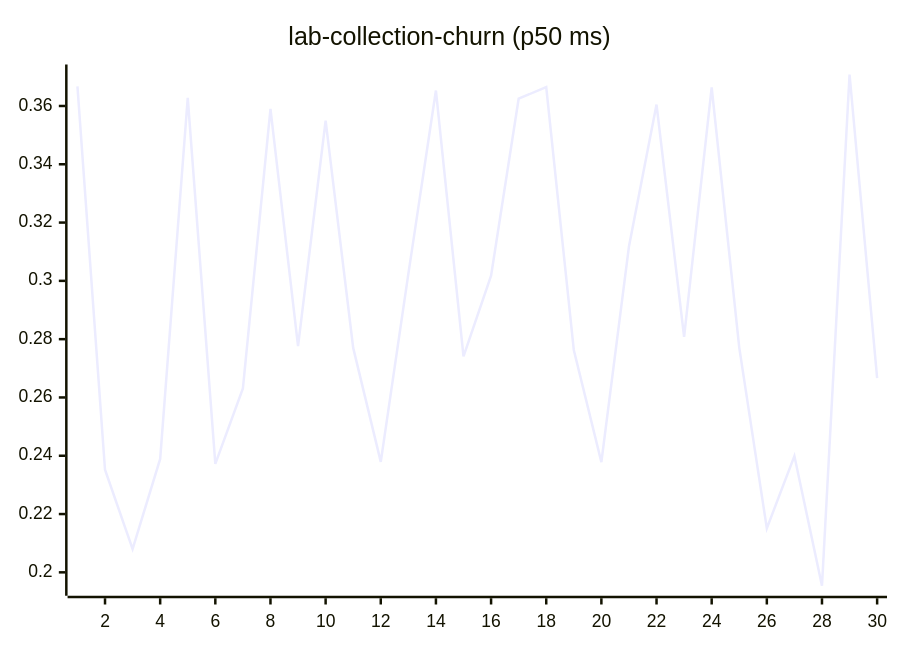
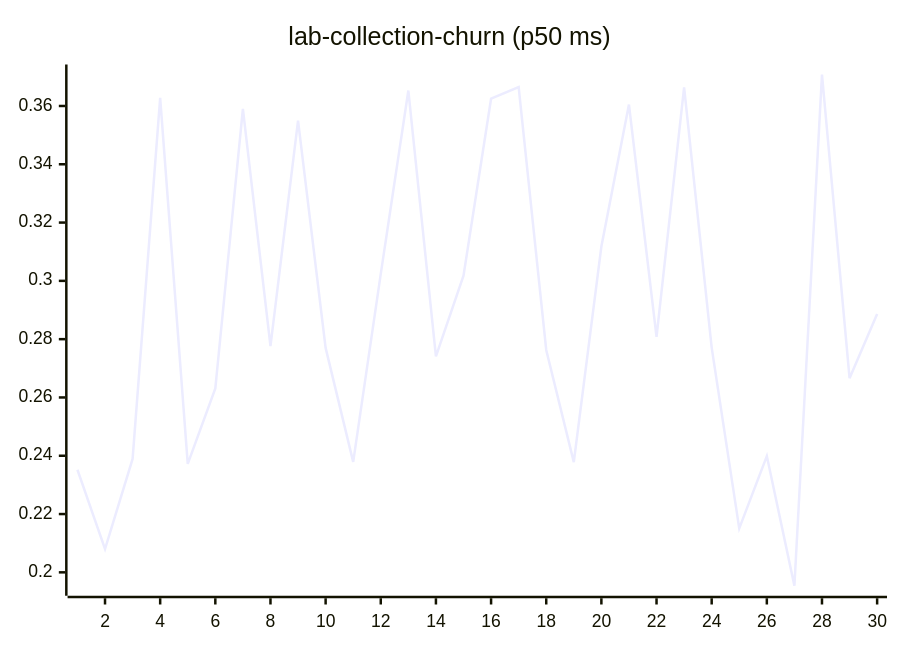
One commit to josha/Facet changed diagram 11 of 27 in README.md. Above: the diagram before and after it, drawn with Mermaid. The commit also changed other lines of this file and 2 other files, not shown here.

````diff
--- a/README.md
+++ b/README.md
@@ -133,6 +133,6 @@
 ```mermaid
 xychart-beta
     title "lab-collection-churn (p50 ms)"
     x-axis 1 --> 30
-    line [0.3667, 0.2352, 0.2080, 0.2389, 0.3628, 0.2372, 0.2631, 0.3590, 0.2776, 0.3550, 0.2770, 0.2379, 0.3024, 0.3653, 0.2741, 0.3018, 0.3625, 0.3665, 0.2763, 0.2378, 0.3118, 0.3605, 0.2808, 0.3664, 0.2771, 0.2151, 0.2399, 0.1954, 0.3708, 0.2666]
+    line [0.2352, 0.2080, 0.2389, 0.3628, 0.2372, 0.2631, 0.3590, 0.2776, 0.3550, 0.2770, 0.2379, 0.3024, 0.3653, 0.2741, 0.3018, 0.3625, 0.3665, 0.2763, 0.2378, 0.3118, 0.3605, 0.2808, 0.3664, 0.2771, 0.2151, 0.2399, 0.1954, 0.3708, 0.2666, 0.2886]
 ```
````
